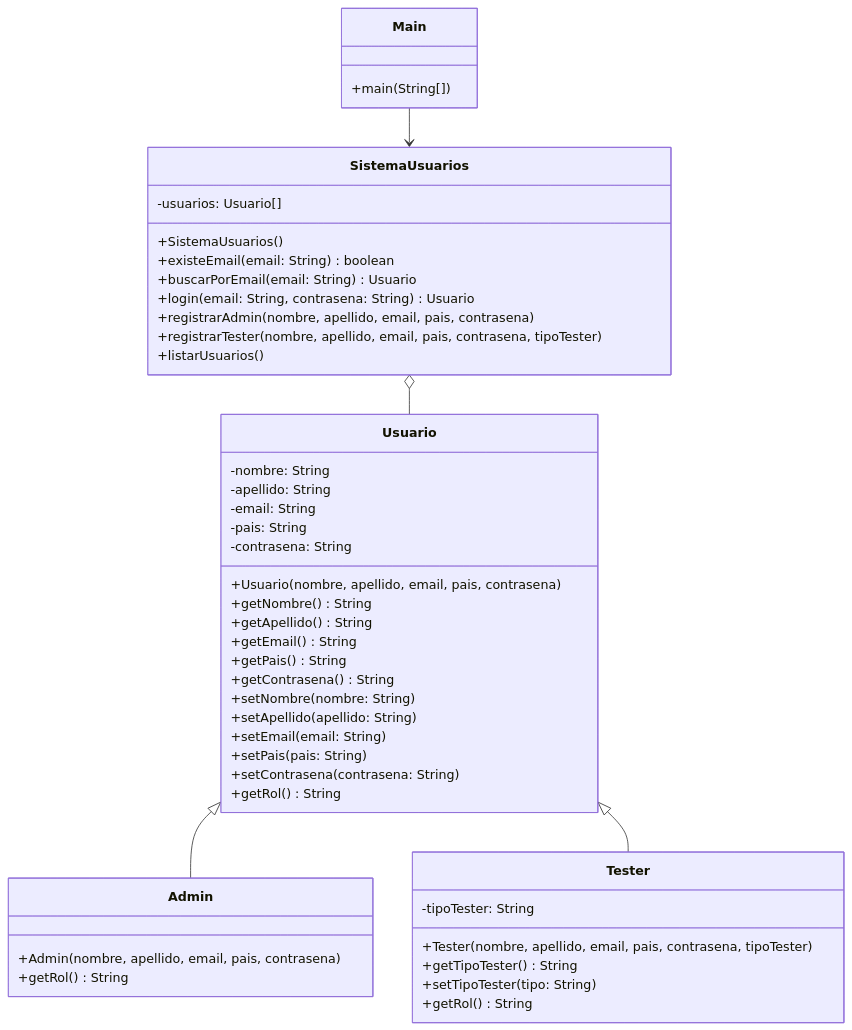
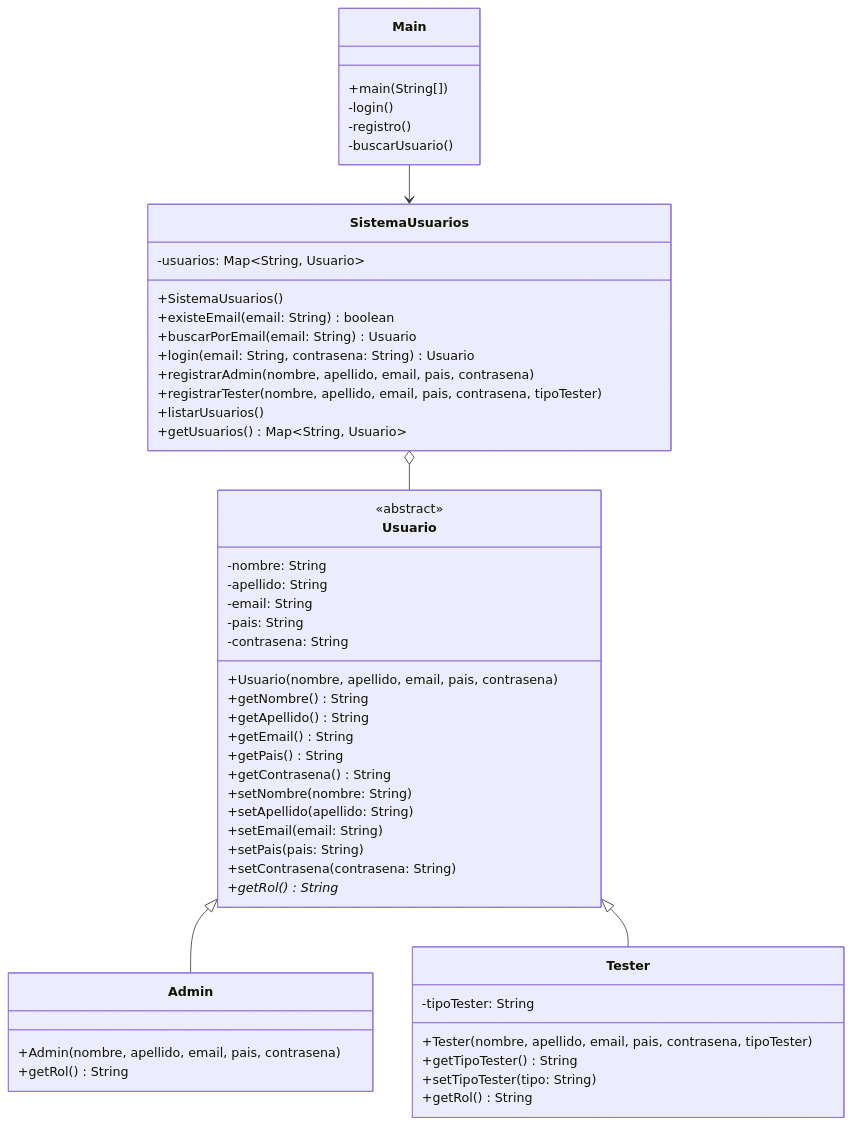
One commit to Natt-QA/ProyectoAdminCES changed the diagram in README.md. Above: the diagram before and after it, drawn with Mermaid. The commit also changed other lines of this file, not shown here.

Commit message:
Actualizar README con diagrama UML y cambios de Tarea VC4

````diff
--- a/README.md
+++ b/README.md
@@ -57,55 +44,55 @@
 ```mermaid
 classDiagram
     class Usuario {
+        <<abstract>>
         -nombre: String
         -apellido: String
         -email: String
         -pais: String
         -contrasena: String
         +Usuario(nombre, apellido, email, pais, contrasena)
         +getNombre() String
         +getApellido() String
         +getEmail() String
         +getPais() String
         +getContrasena() String
         +setNombre(nombre: String)
         +setApellido(apellido: String)
         +setEmail(email: String)
         +setPais(pais: String)
         +setContrasena(contrasena: String)
-        +getRol() String
+        +getRol()* String
     }
-
     class Admin {
         +Admin(nombre, apellido, email, pais, contrasena)
         +getRol() String
     }
-
     class Tester {
         -tipoTester: String
         +Tester(nombre, apellido, email, pais, contrasena, tipoTester)
         +getTipoTester() String
         +setTipoTester(tipo: String)
         +getRol() String
     }
-
     class SistemaUsuarios {
-        -usuarios: Usuario[]
+        -usuarios: Map~String, Usuario~
         +SistemaUsuarios()
         +existeEmail(email: String) boolean
         +buscarPorEmail(email: String) Usuario
         +login(email: String, contrasena: String) Usuario
         +registrarAdmin(nombre, apellido, email, pais, contrasena)
         +registrarTester(nombre, apellido, email, pais, contrasena, tipoTester)
         +listarUsuarios()
+        +getUsuarios() Map~String, Usuario~
     }
-
     class Main {
         +main(String[])
+        -login()
+        -registro()
+        -buscarUsuario()
     }
-
     Usuario <|-- Admin
     Usuario <|-- Tester
     SistemaUsuarios o-- Usuario
     Main --> SistemaUsuarios
 ```
````
